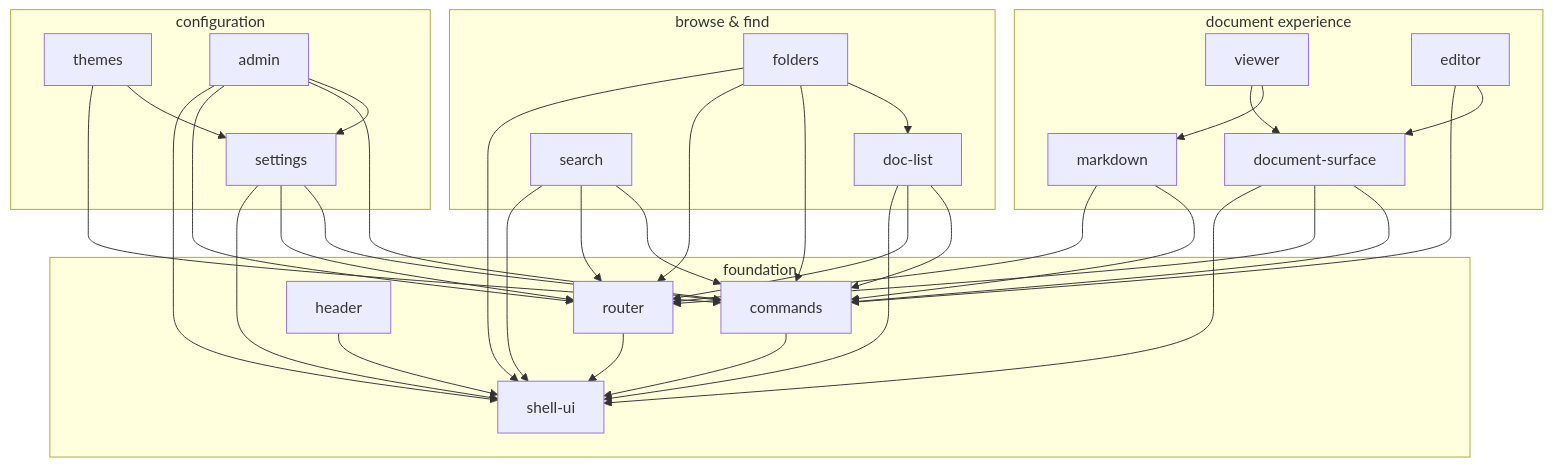
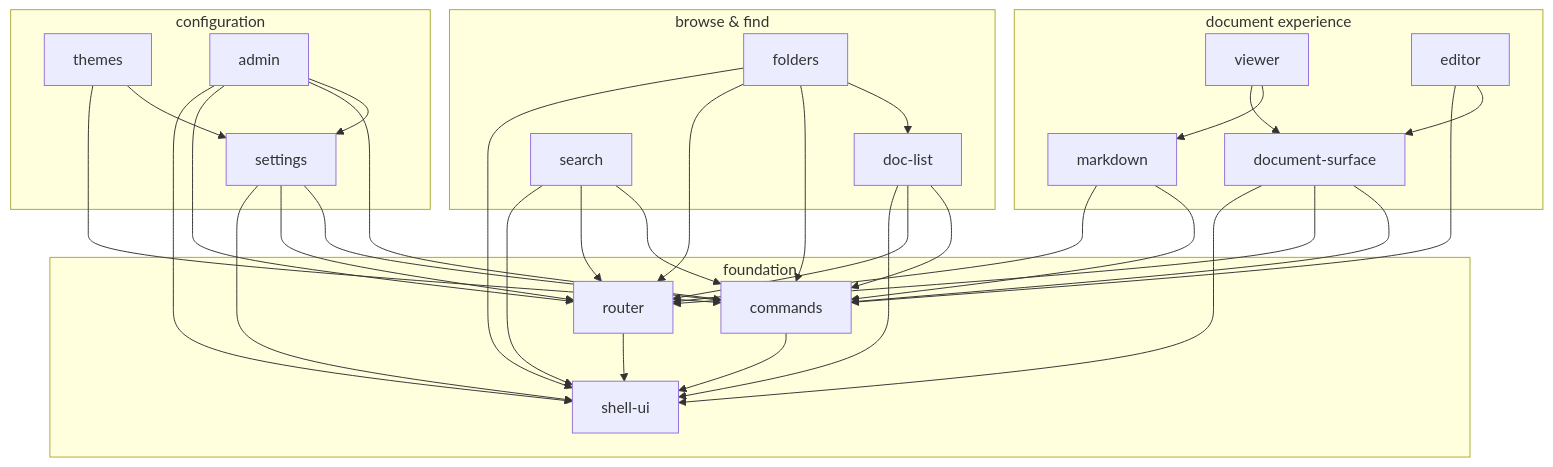
The diagram in plugins/base/README.md (hamolicious/ddd), drawn with Mermaid before and after one commit. The commit also changed other lines of this file and 29 other files, not shown here.

````diff
--- a/plugins/base/README.md
+++ b/plugins/base/README.md
@@ -60,34 +60,33 @@
 ```mermaid
 flowchart TD
     subgraph documents ["document experience"]
         viewer --> markdown
         viewer --> document-surface
         editor --> document-surface
     end
 
     subgraph browse ["browse & find"]
         folders --> doc-list
         search
     end
 
     subgraph config ["configuration"]
         themes --> settings
         admin --> settings
     end
 
     subgraph foundation ["foundation"]
         router --> shell-ui
         commands --> shell-ui
-        header --> shell-ui
     end
 
     markdown --> commands & router
     document-surface --> commands & router & shell-ui
     editor --> commands
     doc-list --> commands & router & shell-ui
     folders --> commands & router & shell-ui
     search --> commands & router & shell-ui
     settings --> commands & router & shell-ui
     admin --> commands & router & shell-ui
     themes --> commands
 ```
````
